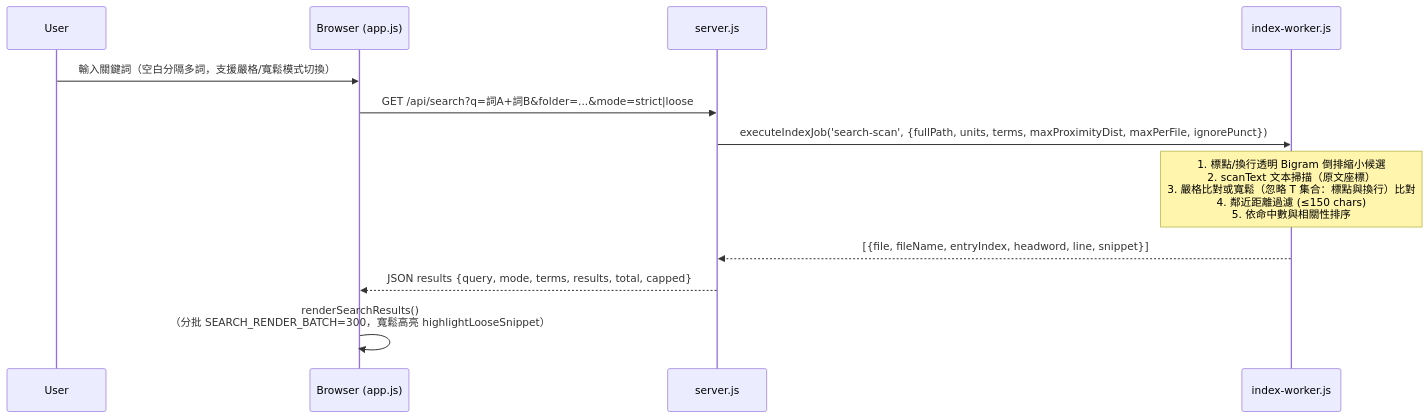
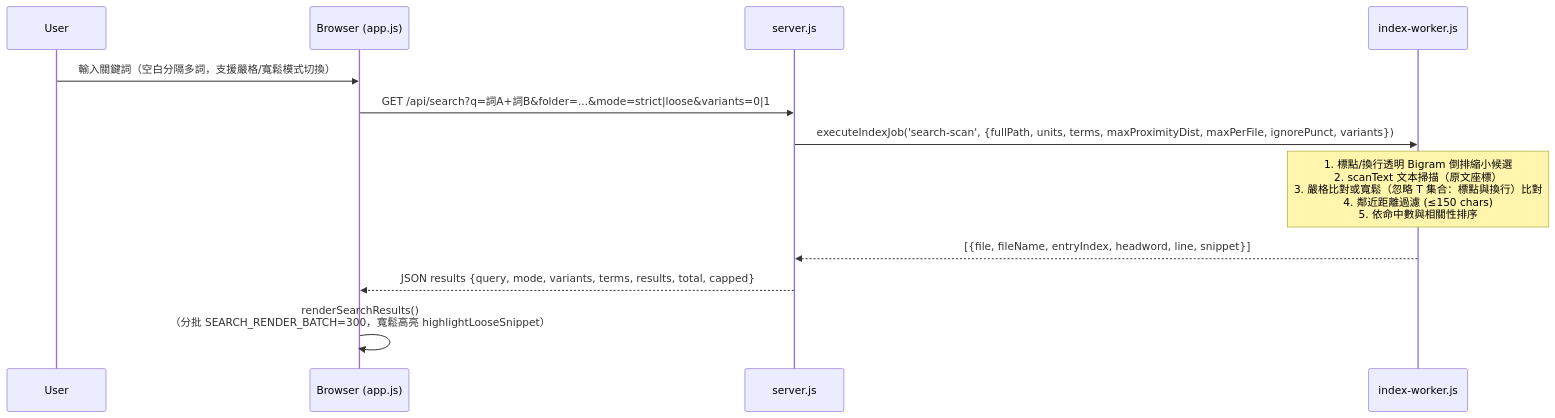
Before and after one commit to jmedzen/mdWebview: the seventh of 12 diagrams in ARCHITECTURE.md, drawn with Mermaid. The commit also changed other lines of this file and 26 other files, not shown here.

````diff
--- a/ARCHITECTURE.md
+++ b/ARCHITECTURE.md
@@ -333,15 +334,15 @@
 ```mermaid
 sequenceDiagram
     participant U as User
     participant B as Browser (app.js)
     participant S as server.js
     participant IX as index-worker.js
 
     U->>B: 輸入關鍵詞（空白分隔多詞，支援嚴格/寬鬆模式切換）
-    B->>S: GET /api/search?q=詞A+詞B&folder=...&mode=strict|loose
-    S->>IX: executeIndexJob('search-scan', {fullPath, units, terms, maxProximityDist, maxPerFile, ignorePunct})
+    B->>S: GET /api/search?q=詞A+詞B&folder=...&mode=strict|loose&variants=0|1
+    S->>IX: executeIndexJob('search-scan', {fullPath, units, terms, maxProximityDist, maxPerFile, ignorePunct, variants})
     Note over IX: 1. 標點/換行透明 Bigram 倒排縮小候選<br/>2. scanText 文本掃描（原文座標）<br/>3. 嚴格比對或寬鬆（忽略 T 集合：標點與換行）比對<br/>4. 鄰近距離過濾 (≤150 chars)<br/>5. 依命中數與相關性排序
     IX-->>S: [{file, fileName, entryIndex, headword, line, snippet}]
-    S-->>B: JSON results {query, mode, terms, results, total, capped}
+    S-->>B: JSON results {query, mode, variants, terms, results, total, capped}
     B->>B: renderSearchResults()<br/>（分批 SEARCH_RENDER_BATCH=300，寬鬆高亮 highlightLooseSnippet）
 ```
````
